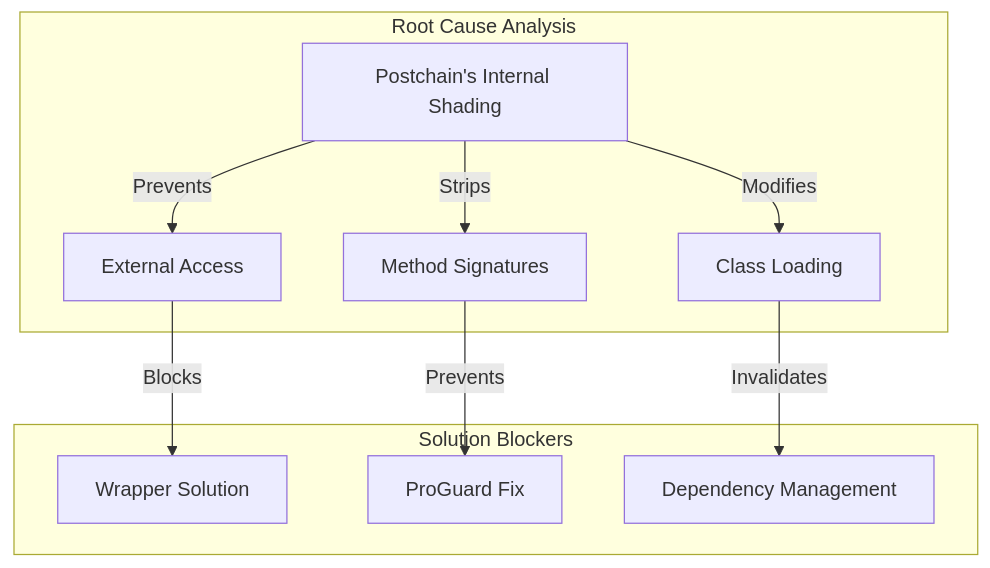
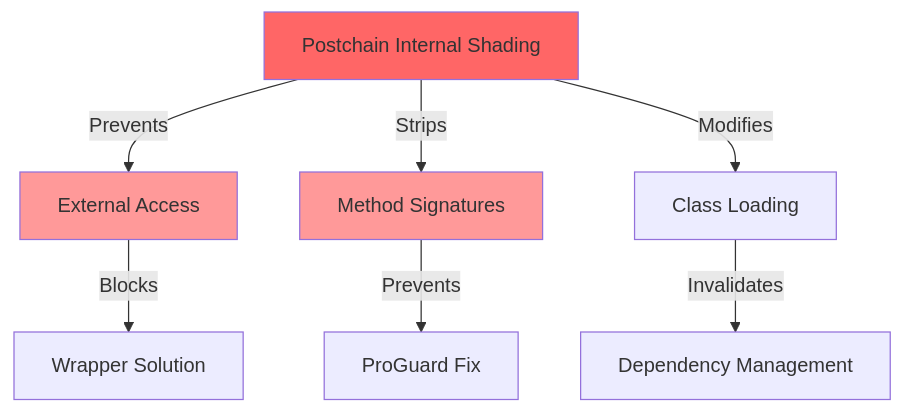
One commit to filiksyos/androidtodo changed the eighth of 8 diagrams in README.md. Above: the diagram before and after it, drawn with Mermaid. The commit also changed other lines of this file, not shown here.

````diff
--- a/README.md
+++ b/README.md
@@ -627,14 +621,14 @@
 ```mermaid
-graph TD
-    subgraph "Root Cause Analysis"
-        A[Postchain's Internal Shading] -->|Prevents| B[External Access]
-        A -->|Strips| C[Method Signatures]
-        A -->|Modifies| D[Class Loading]
-    end
+flowchart TD
+    A[Postchain Internal Shading] -->|Prevents| B[External Access]
+    A -->|Strips| C[Method Signatures]
+    A -->|Modifies| D[Class Loading]
+    
+    B -->|Blocks| E[Wrapper Solution]
+    C -->|Prevents| F[ProGuard Fix]
+    D -->|Invalidates| G[Dependency Management]
 
-    subgraph "Solution Blockers"
-        B -->|Blocks| E[Wrapper Solution]
-        C -->|Prevents| F[ProGuard Fix]
-        D -->|Invalidates| G[Dependency Management]
-    end
+    style A fill:#ff6666
+    style B fill:#ff9999
+    style C fill:#ff9999
 ```
````
